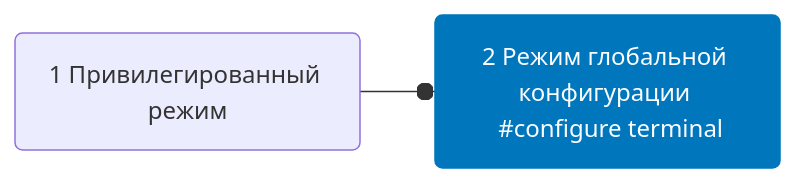
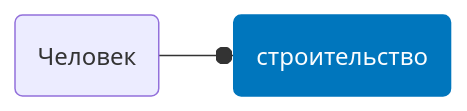
Before and after one commit to Kostrov2003/FirstSite: the diagram in test.md, drawn with Mermaid.

````diff
--- a/test.md
+++ b/test.md
@@ -1,7 +1,7 @@
 ```mermaid 
 graph LR
 classDef class1 fill:#0076bd,stroke:#0076bd,color:#fbfdfe
 
-A(1 Привилегированный режим<br>) --o B(2 Режим глобальной конфигурации <br> #configure terminal):::class1
+A(Человек <br>) --o B(строительство <br>):::class1
 click B "https://habr.com/ru/company/rostelecom/blog/570098/"
 ```
````
